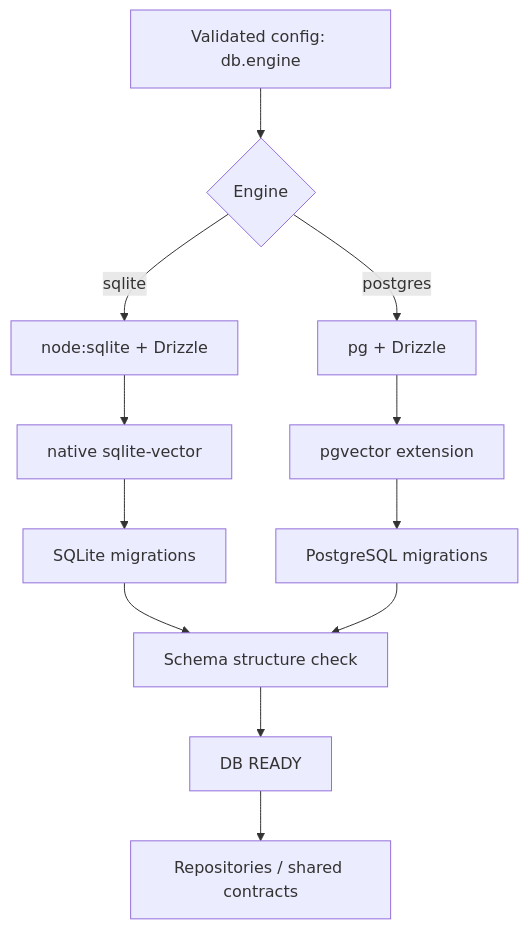
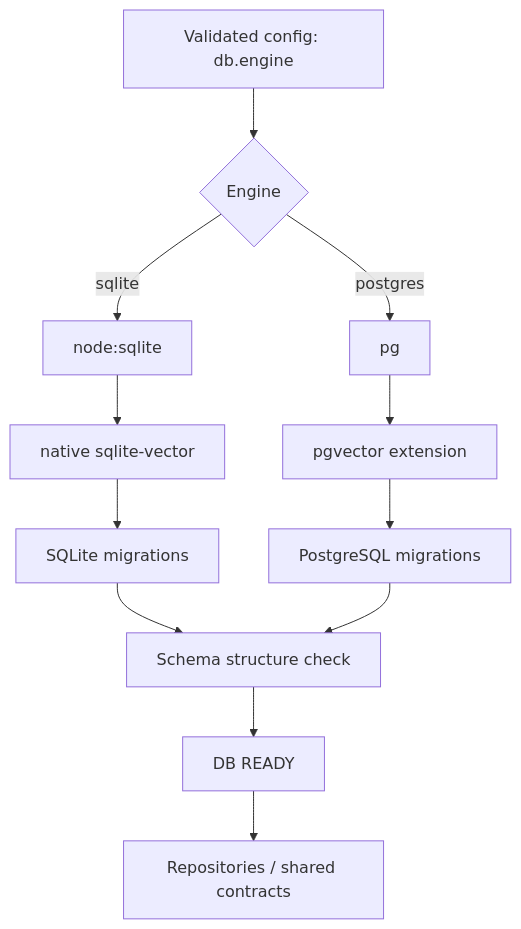
The diagram in docs/requirements/05-persistence.md (virgenherrera/lan-solution-template), drawn with Mermaid before and after one commit. The commit also changed other lines of this file and 94 other files, not shown here.

````diff
--- a/docs/requirements/05-persistence.md
+++ b/docs/requirements/05-persistence.md
@@ -65,14 +65,14 @@
 ```mermaid
 flowchart TD
     Config["Validated config: db.engine"] --> Select{Engine}
-    Select -->|sqlite| SQLite["node:sqlite + Drizzle"]
-    Select -->|postgres| PG[pg + Drizzle]
+    Select -->|sqlite| SQLite["node:sqlite"]
+    Select -->|postgres| PG[pg]
     SQLite --> SV[native sqlite-vector]
     PG --> PV[pgvector extension]
     SV --> SM[SQLite migrations]
     PV --> PM[PostgreSQL migrations]
     SM --> SC[Schema structure check]
     PM --> SC
     SC --> Ready[DB READY]
     Ready --> Contracts["Repositories / shared contracts"]
 ```
````
